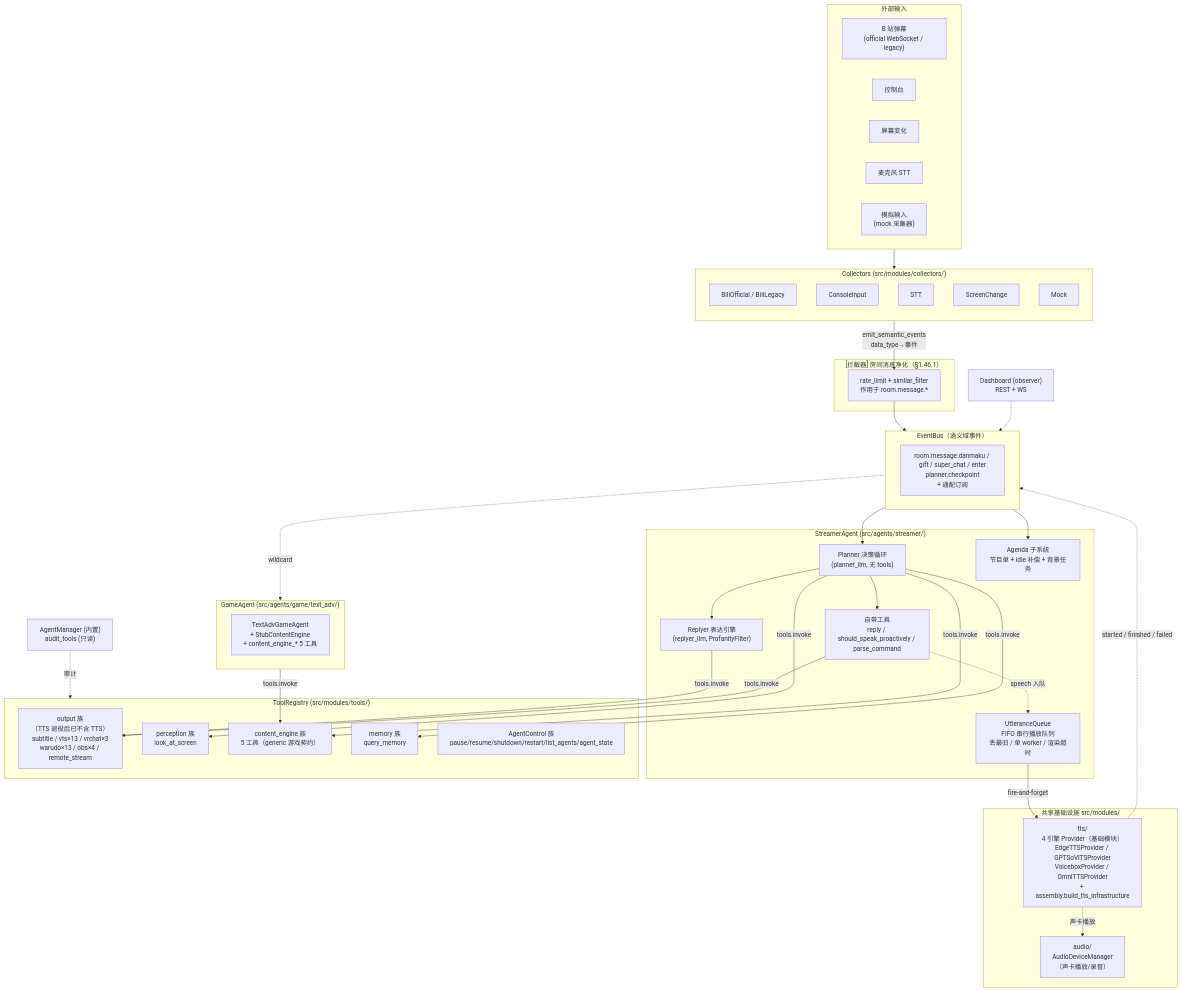
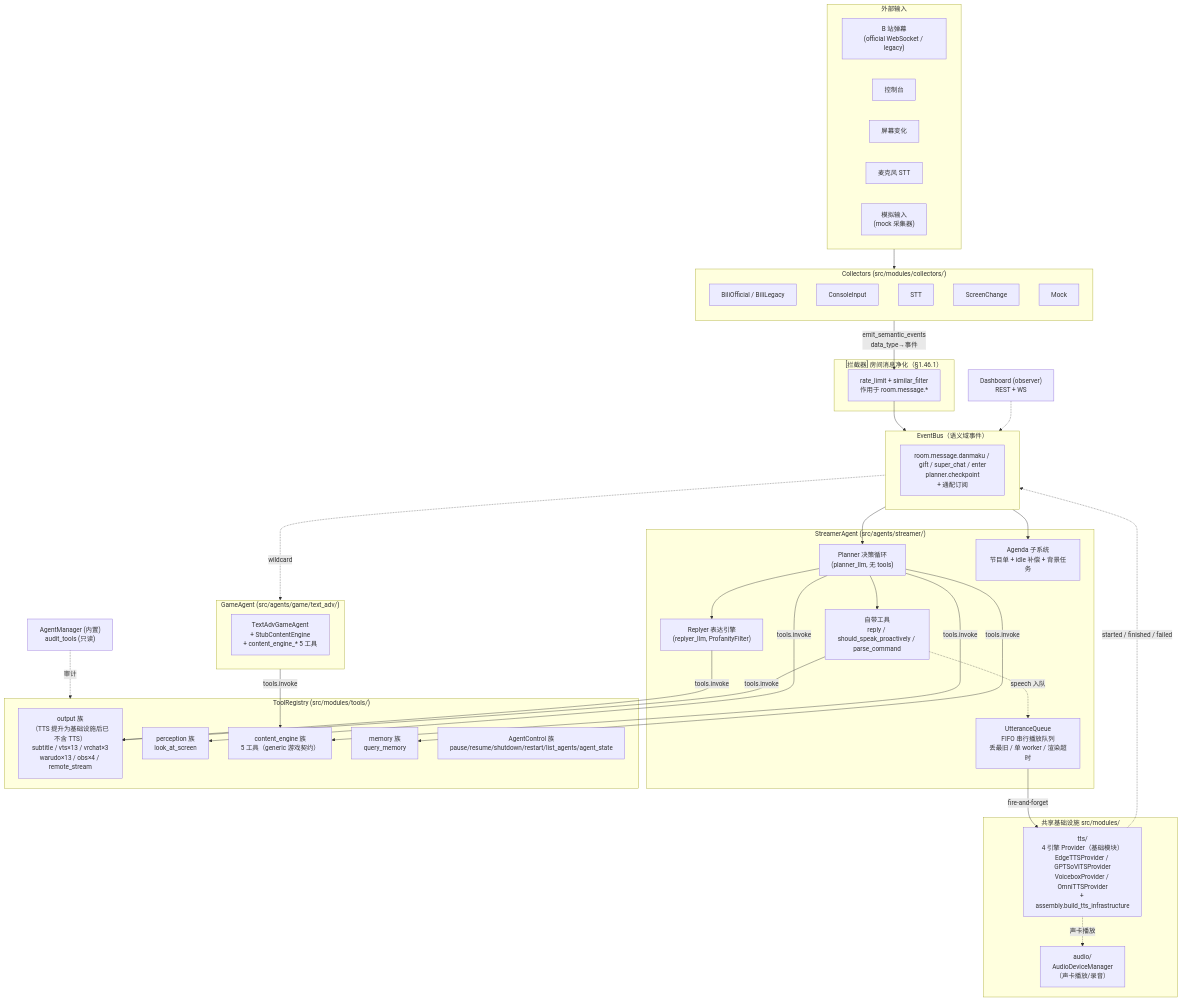
One commit to Mai-with-u/Amaidesu changed the first of 3 diagrams in docs/architecture/overview.md. Above: the diagram before and after it, drawn with Mermaid. The commit also changed other lines of this file and 17 other files, not shown here.

````diff
--- a/docs/architecture/overview.md
+++ b/docs/architecture/overview.md
@@ -9,73 +9,73 @@
 ```mermaid
 flowchart TB
     subgraph Ext["外部输入"]
         Bili["B 站弹幕<br/>(official WebSocket / legacy)"]
         Cons["控制台"]
         Screen["屏幕变化"]
         Mic["麦克风 STT"]
         Mock["模拟输入<br/>(mock 采集器)"]
     end
 
     subgraph Collectors["Collectors (src/modules/collectors/)"]
         direction TB
         CBili["BiliOfficial / BiliLegacy"]
         CCons["ConsoleInput"]
         CMic["STT"]
         CScreen["ScreenChange"]
         CMock["Mock"]
     end
 
     subgraph Interceptors["[拦截器] 房间消息净化（§1.46.1）"]
         INT["rate_limit + similar_filter<br/>作用于 room.message.*"]
     end
 
     subgraph Bus["EventBus（语义域事件）"]
         EB["room.message.danmaku / gift / super_chat / enter<br/>planner.checkpoint<br/>+ 通配订阅"]
     end
 
     subgraph Streamer["StreamerAgent (src/agents/streamer/)"]
         Planner["Planner 决策循环<br/>(planner_llm, 无 tools)"]
         Reply["Replyer 表达引擎<br/>(replyer_llm, ProfanityFilter)"]
         Agenda["Agenda 子系统<br/>节目单 + idle 补偿 + 背景任务"]
         Tools["自带工具<br/>reply / should_speak_proactively / parse_command"]
         UQ["UtteranceQueue<br/>FIFO 串行播放队列<br/>丢最旧 / 单 worker / 渲染超时"]
     end
 
     subgraph Game["GameAgent (src/agents/game/text_adv/)"]
         TextAdv["TextAdvGameAgent<br/>+ StubContentEngine<br/>+ content_engine_* 5 工具"]
     end
 
     subgraph Registry["ToolRegistry (src/modules/tools/)"]
-        Out["output 族<br/>（TTS 退役后已不含 TTS）<br/>subtitle / vts×13 / vrchat×3<br/>warudo×13 / obs×4 / remote_stream"]
+        Out["output 族<br/>（TTS 提升为基础设施后已不含 TTS）<br/>subtitle / vts×13 / vrchat×3<br/>warudo×13 / obs×4 / remote_stream"]
         Per["perception 族<br/>look_at_screen"]
         CE["content_engine 族<br/>5 工具（generic 游戏契约）"]
         Mem["memory 族<br/>query_memory"]
         Ctrl["AgentControl 族<br/>pause/resume/shutdown/restart/list_agents/agent_state"]
     end
 
     subgraph InFra["共享基础设施 src/modules/"]
         TTS["tts/<br/>4 引擎 Provider（基础模块）<br/>EdgeTTSProvider / GPTSoVITSProvider<br/>VoiceboxProvider / OmniTTSProvider<br/>+ assembly.build_tts_infrastructure"]
         Audio["audio/<br/>AudioDeviceManager<br/>（声卡播放/录音）"]
     end
 
     Ext --> Collectors
     Collectors -->|"emit_semantic_events<br/>data_type→事件"| INT
     INT --> Bus
     Bus --> Planner
     Bus --> Agenda
     Planner --> Reply
     Planner --> Tools
     Reply -->|tools.invoke| Out
     Tools -->|tools.invoke| Out
     Planner -->|tools.invoke| CE
     Planner -->|tools.invoke| Per
     Planner -->|tools.invoke| Mem
     Bus -.->|wildcard| Game
     Game -->|tools.invoke| CE
     Tools -.->|speech 入队| UQ
     UQ -->|fire-and-forget| TTS
     TTS -.->|started / finished / failed| Bus
     TTS -.->|声卡播放| Audio
     Manager["AgentManager (内置)<br/>audit_tools (只读)"] -.->|审计| Registry
     Dashboard["Dashboard (observer)<br/>REST + WS"] -.-> Bus
 ```
````
